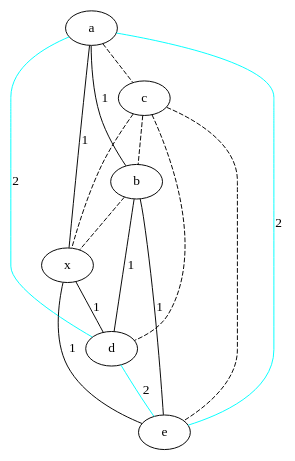
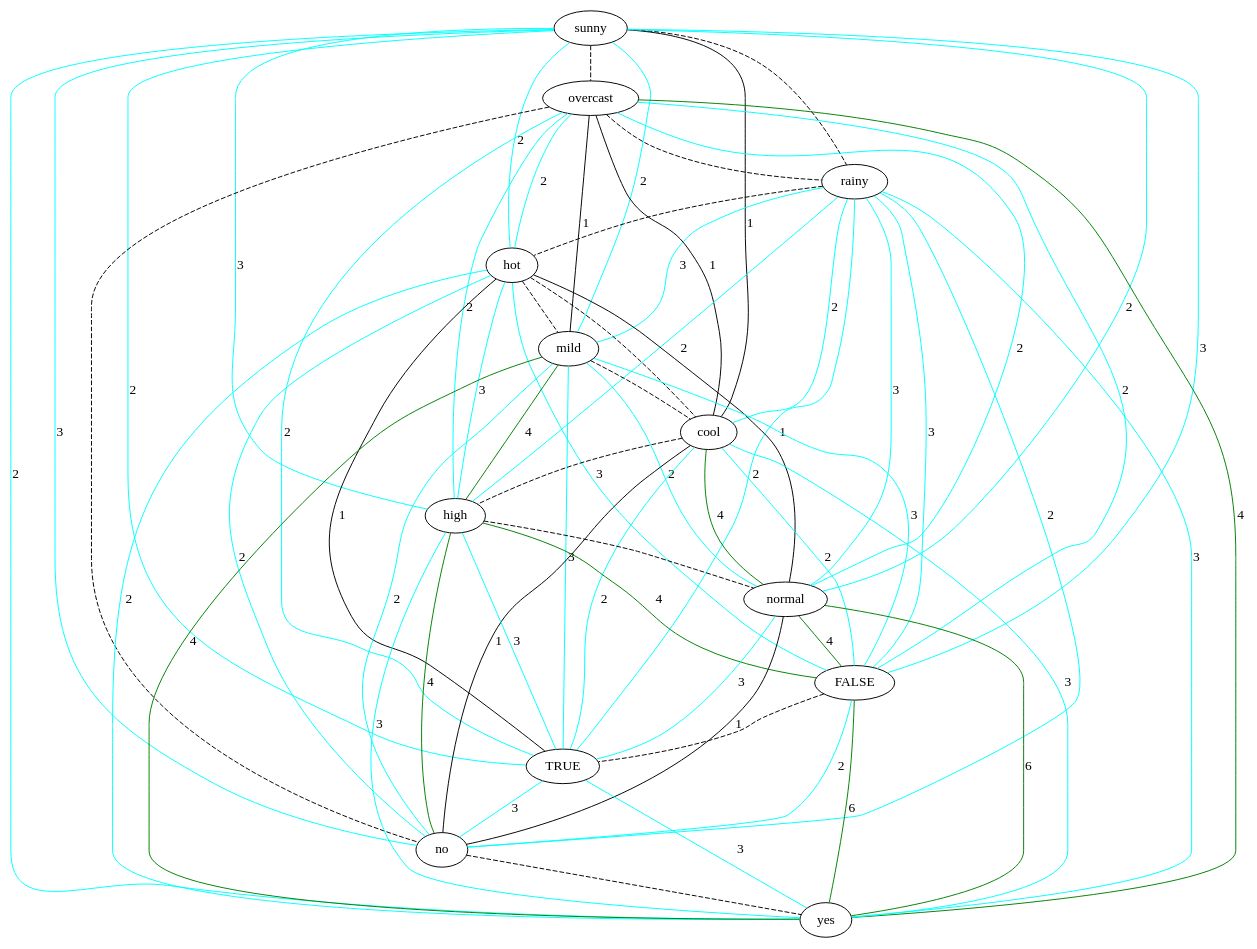
Before and after one commit to lrodrin/TFG: the diagram in src/final/exponentialGraph.dot, drawn with Graphviz. The commit also changed 8 other files, not shown here.

```diff
--- a/src/final/exponentialGraph.dot
+++ b/src/final/exponentialGraph.dot
@@ -1,23 +1,80 @@
 strict graph "" {
-a;
-c;
-b;
-x;
-d;
-e;
-a -- c  [color=black, style=dashed];
-a -- b  [color=black, label=1, style=solid];
-a -- x  [color=black, label=1, style=solid];
-a -- d  [color=cyan, label=2, style=solid];
-a -- e  [color=cyan, label=2, style=solid];
-c -- b  [color=black, style=dashed];
-c -- x  [color=black, style=dashed];
-c -- d  [color=black, style=dashed];
-c -- e  [color=black, style=dashed];
-b -- x  [color=black, style=dashed];
-b -- d  [color=black, label=1, style=solid];
-b -- e  [color=black, label=1, style=solid];
-x -- d  [color=black, label=1, style=solid];
-x -- e  [color=black, label=1, style=solid];
-d -- e  [color=cyan, label=2, style=solid];
+sunny;
+overcast;
+rainy;
+hot;
+mild;
+cool;
+high;
+normal;
+FALSE;
+TRUE;
+no;
+yes;
+sunny -- overcast  [color=black, style=dashed];
+sunny -- rainy  [color=black, style=dashed];
+sunny -- hot  [color=cyan, label=2, style=solid];
+sunny -- mild  [color=cyan, label=2, style=solid];
+sunny -- cool  [color=black, label=1, style=solid];
+sunny -- high  [color=cyan, label=3, style=solid];
+sunny -- normal  [color=cyan, label=2, style=solid];
+sunny -- FALSE  [color=cyan, label=3, style=solid];
+sunny -- TRUE  [color=cyan, label=2, style=solid];
+sunny -- no  [color=cyan, label=3, style=solid];
+sunny -- yes  [color=cyan, label=2, style=solid];
+overcast -- rainy  [color=black, style=dashed];
+overcast -- hot  [color=cyan, label=2, style=solid];
+overcast -- mild  [color=black, label=1, style=solid];
+overcast -- cool  [color=black, label=1, style=solid];
+overcast -- high  [color=cyan, label=2, style=solid];
+overcast -- normal  [color=cyan, label=2, style=solid];
+overcast -- FALSE  [color=cyan, label=2, style=solid];
+overcast -- TRUE  [color=cyan, label=2, style=solid];
+overcast -- no  [color=black, style=dashed];
+overcast -- yes  [color=green, label=4, style=solid];
+rainy -- hot  [color=black, style=dashed];
+rainy -- mild  [color=cyan, label=3, style=solid];
+rainy -- cool  [color=cyan, label=2, style=solid];
+rainy -- high  [color=cyan, label=2, style=solid];
+rainy -- normal  [color=cyan, label=3, style=solid];
+rainy -- FALSE  [color=cyan, label=3, style=solid];
+rainy -- TRUE  [color=cyan, label=2, style=solid];
+rainy -- no  [color=cyan, label=2, style=solid];
+rainy -- yes  [color=cyan, label=3, style=solid];
+hot -- mild  [color=black, style=dashed];
+hot -- cool  [color=black, style=dashed];
+hot -- high  [color=cyan, label=3, style=solid];
+hot -- normal  [color=black, label=1, style=solid];
+hot -- FALSE  [color=cyan, label=3, style=solid];
+hot -- TRUE  [color=black, label=1, style=solid];
+hot -- no  [color=cyan, label=2, style=solid];
+hot -- yes  [color=cyan, label=2, style=solid];
+mild -- cool  [color=black, style=dashed];
+mild -- high  [color=green, label=4, style=solid];
+mild -- normal  [color=cyan, label=2, style=solid];
+mild -- FALSE  [color=cyan, label=3, style=solid];
+mild -- TRUE  [color=cyan, label=3, style=solid];
+mild -- no  [color=cyan, label=2, style=solid];
+mild -- yes  [color=green, label=4, style=solid];
+cool -- high  [color=black, style=dashed];
+cool -- normal  [color=green, label=4, style=solid];
+cool -- FALSE  [color=cyan, label=2, style=solid];
+cool -- TRUE  [color=cyan, label=2, style=solid];
+cool -- no  [color=black, label=1, style=solid];
+cool -- yes  [color=cyan, label=3, style=solid];
+high -- normal  [color=black, style=dashed];
+high -- FALSE  [color=green, label=4, style=solid];
+high -- TRUE  [color=cyan, label=3, style=solid];
+high -- no  [color=green, label=4, style=solid];
+high -- yes  [color=cyan, label=3, style=solid];
+normal -- FALSE  [color=green, label=4, style=solid];
+normal -- TRUE  [color=cyan, label=3, style=solid];
+normal -- no  [color=black, label=1, style=solid];
+normal -- yes  [color=green, label=6, style=solid];
+FALSE -- TRUE  [color=black, style=dashed];
+FALSE -- no  [color=cyan, label=2, style=solid];
+FALSE -- yes  [color=green, label=6, style=solid];
+TRUE -- no  [color=cyan, label=3, style=solid];
+TRUE -- yes  [color=cyan, label=3, style=solid];
+no -- yes  [color=black, style=dashed];
 }
```
